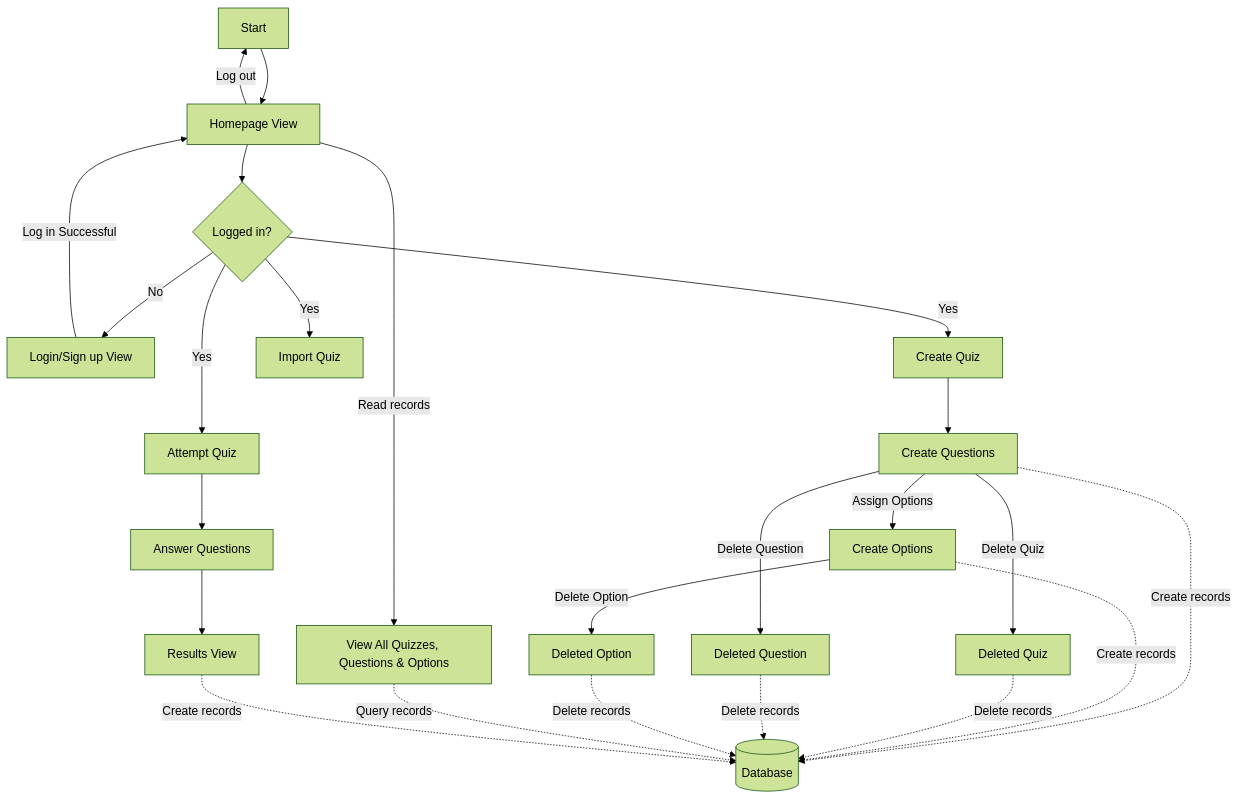
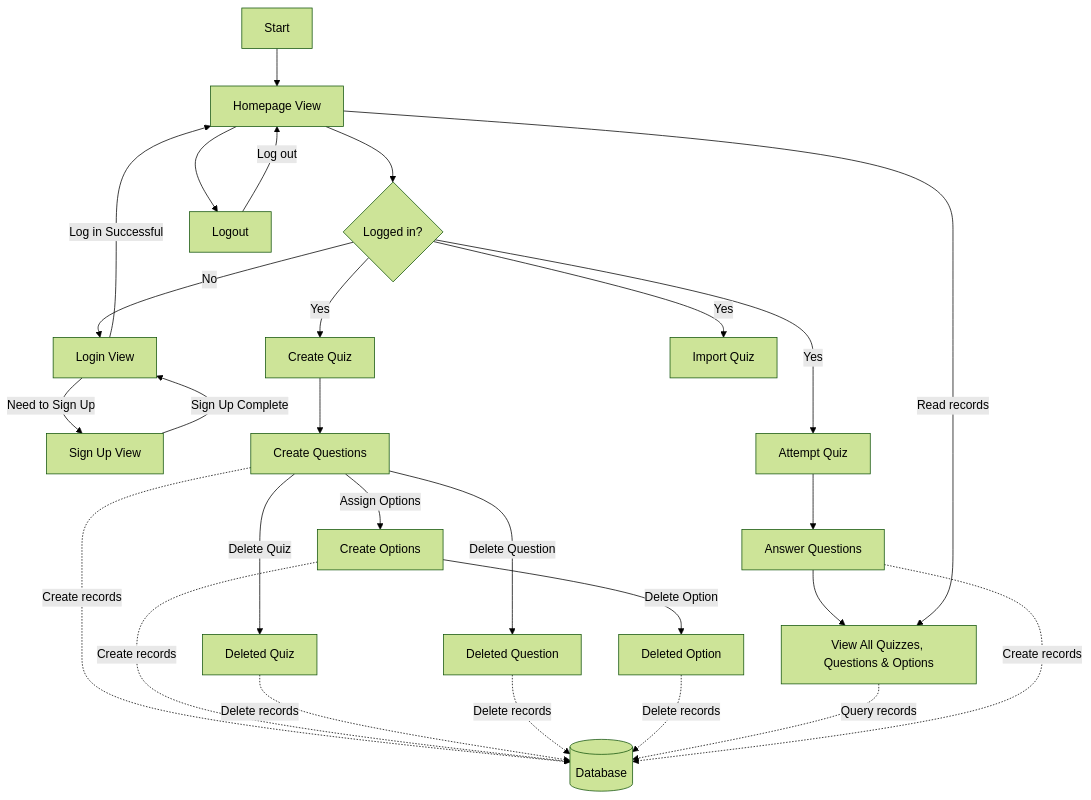
One commit to KirsteenJ/COMP223-221-Final-Term-Project-Section-A-Quizzy changed the first of 3 diagrams in README.md. Above: the diagram before and after it, drawn with Mermaid (forest theme).

````diff
--- a/README.md
+++ b/README.md
@@ -59,26 +59,29 @@
 ```mermaid
 flowchart TD
     A[Start] --> B[Homepage View]
     B --> C{Logged in?}
-    C -- "No" --> D[Login/Sign up View]
-    D -- "Log in Successful" --> B
+    C -- "No" --> E[Login View]
+    E -- "Need to Sign Up" --> P[Sign Up View]
+    P -- "Sign Up Complete" --> E
+    B --> D[Logout]
+    D --> |Log out| B
+    E -- "Log in Successful" --> B
     C -- "Yes" --> F[Attempt Quiz]
     C -- "Yes" --> G[Create Quiz]
     C -- "Yes" --> H[Import Quiz]
     F --> I[Answer Questions]
     I --> J[Results View]
     G --> K[Create Questions]
     K -- "Assign Options" --> L[Create Options]
     K -.-> |Create records| DB[(Database)]
     L -.-> |Create records| DB
     K -- "Delete Quiz" --> M[Deleted Quiz]
     M -.-> |Delete records| DB
     K -- "Delete Question" --> N[Deleted Question]
     N -.-> |Delete records| DB
     L -- "Delete Option" --> O[Deleted Option]
     O -.-> |Delete records| DB
-    B -- "Log out" --> A
-    B --> |Read records| E[View All Quizzes, Questions & Options]
-    E -.-> |Query records| DB
-    J -.-> |Create records| DB
+    B --> |Read records| J[View All Quizzes, Questions & Options]
+    J -.-> |Query records| DB
+    I -.-> |Create records| DB
 ```
````
